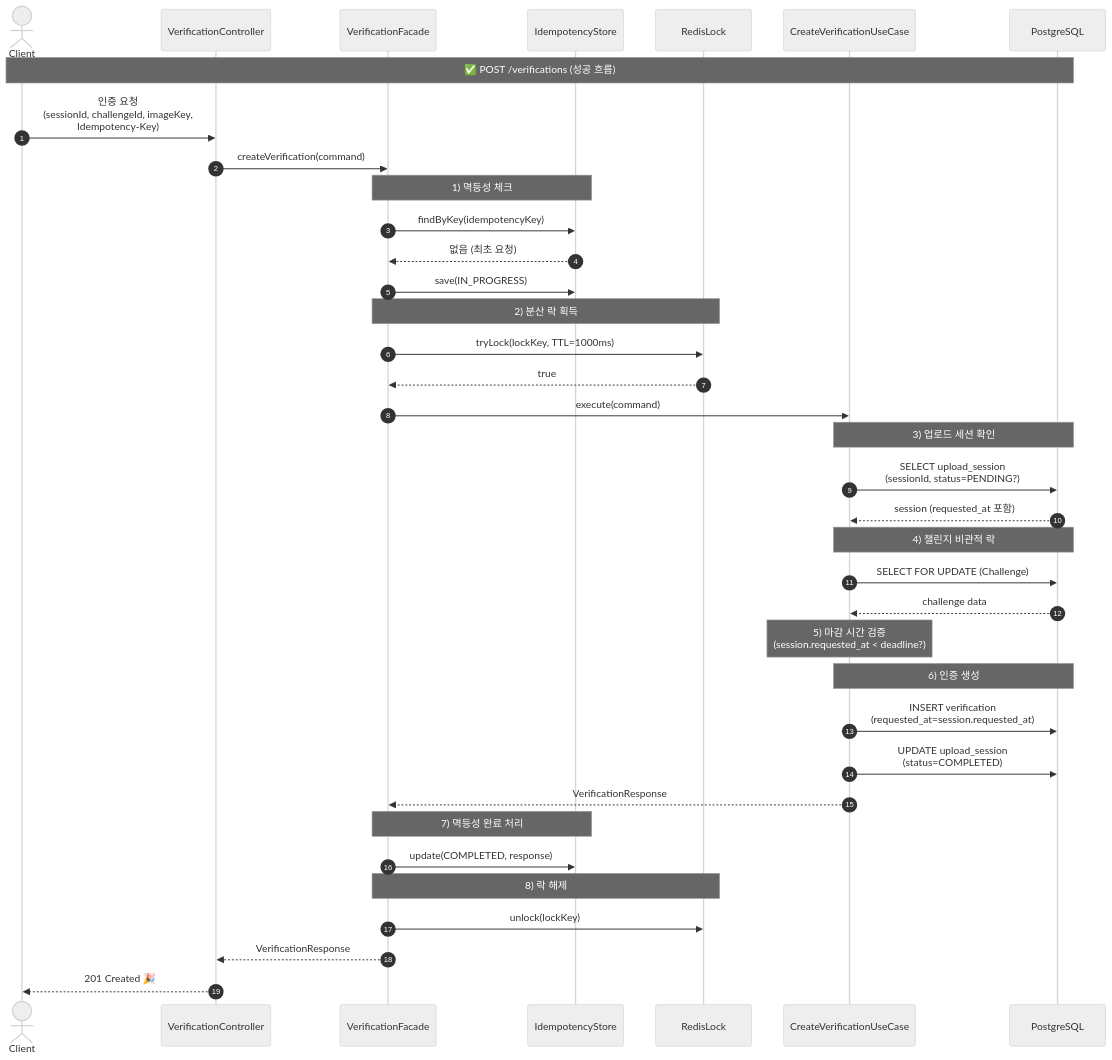
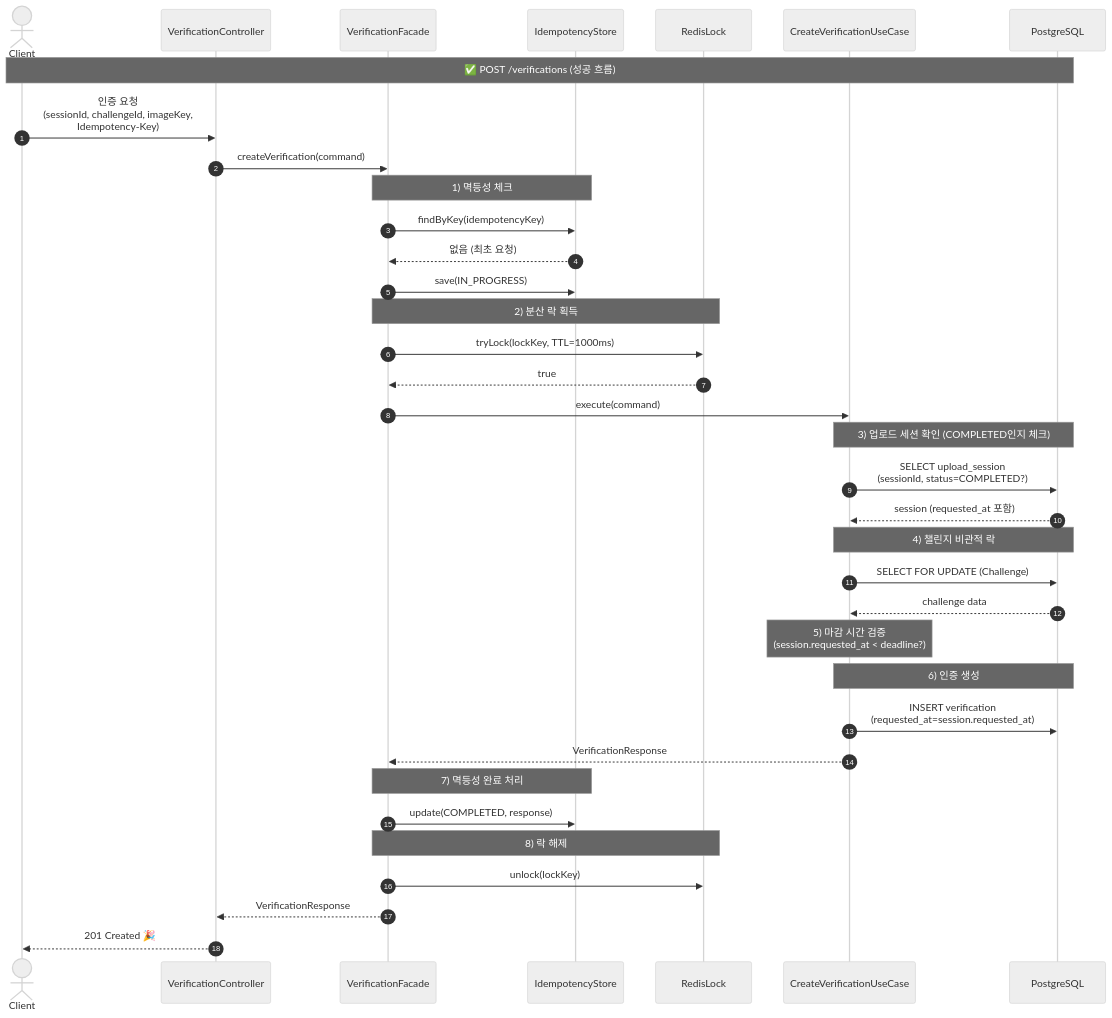
Before and after one commit to JianYang98/TriAgain: the third of 4 diagrams in docs/spec/sequence/verification.md, drawn with Mermaid (neutral theme). The commit also changed other lines of this file and 4 other files, not shown here.

Commit message:
docs: S3 Lambda + SSE 구현 로그 및 명세 업데이트 - 구현 로그: 전체 플로우, 설계 이슈, 변경 파일 정리 - api-spec.md 개요 5단계 플로우로 업데이트 - photo-upload-lambda-sse.md, sequence/verification.md 업데이트 - 첫 배포 가이드 추가

````diff
--- a/docs/spec/sequence/verification.md
+++ b/docs/spec/sequence/verification.md
@@ -72,51 +84,50 @@
 ```mermaid
 sequenceDiagram
     autonumber
     actor Client as Client
     participant Controller as VerificationController
     participant Facade as VerificationFacade
     participant IdemStore as IdempotencyStore
     participant Lock as RedisLock
     participant UseCase as CreateVerificationUseCase
     participant DB as PostgreSQL
 
     Note over Client,DB: ✅ POST /verifications (성공 흐름)
 
     Client->>Controller: 인증 요청<br/>(sessionId, challengeId, imageKey,<br/>Idempotency-Key)
     Controller->>Facade: createVerification(command)
 
     Note over Facade,IdemStore: 1) 멱등성 체크
     Facade->>IdemStore: findByKey(idempotencyKey)
     IdemStore-->>Facade: 없음 (최초 요청)
     Facade->>IdemStore: save(IN_PROGRESS)
 
     Note over Facade,Lock: 2) 분산 락 획득
     Facade->>Lock: tryLock(lockKey, TTL=1000ms)
     Lock-->>Facade: true
 
     Facade->>UseCase: execute(command)
 
-    Note over UseCase,DB: 3) 업로드 세션 확인
-    UseCase->>DB: SELECT upload_session<br/>(sessionId, status=PENDING?)
+    Note over UseCase,DB: 3) 업로드 세션 확인 (COMPLETED인지 체크)
+    UseCase->>DB: SELECT upload_session<br/>(sessionId, status=COMPLETED?)
     DB-->>UseCase: session (requested_at 포함)
 
     Note over UseCase,DB: 4) 챌린지 비관적 락
     UseCase->>DB: SELECT FOR UPDATE (Challenge)
     DB-->>UseCase: challenge data
 
     Note over UseCase: 5) 마감 시간 검증<br/>(session.requested_at < deadline?)
 
     Note over UseCase,DB: 6) 인증 생성
     UseCase->>DB: INSERT verification<br/>(requested_at=session.requested_at)
-    UseCase->>DB: UPDATE upload_session<br/>(status=COMPLETED)
     UseCase-->>Facade: VerificationResponse
 
     Note over Facade,IdemStore: 7) 멱등성 완료 처리
     Facade->>IdemStore: update(COMPLETED, response)
 
     Note over Facade,Lock: 8) 락 해제
     Facade->>Lock: unlock(lockKey)
 
     Facade-->>Controller: VerificationResponse
     Controller-->>Client: 201 Created 🎉
 ```
````
